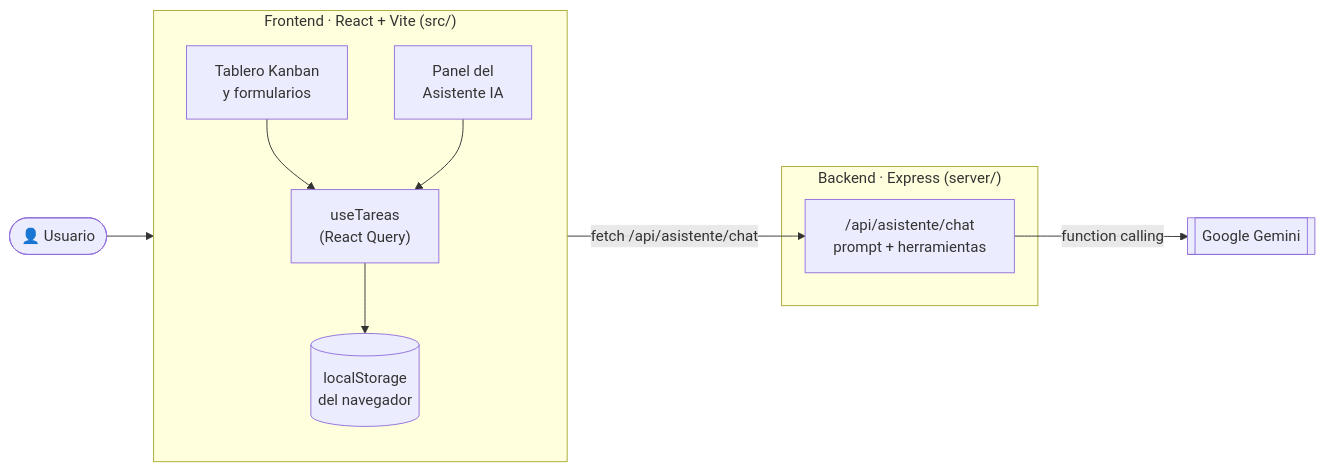
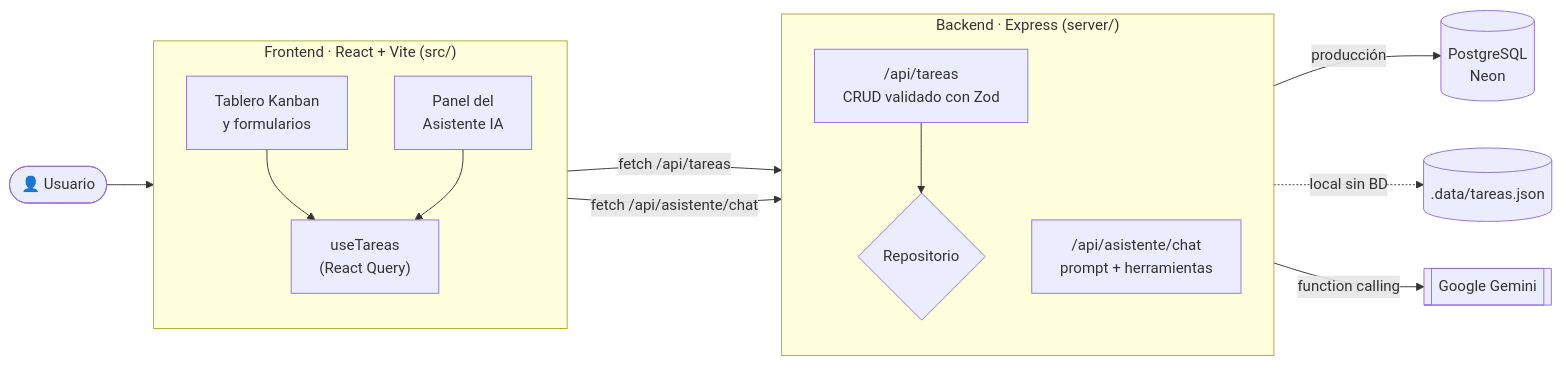
Before and after one commit to Jacky-RPA/Kanban: the first of 2 diagrams in README.md, drawn with Mermaid. The commit also changed other lines of this file and 16 other files, not shown here.

First line of the commit message:
Vuelve a guardar en base de datos, con respaldo en el navegador

````diff
--- a/README.md
+++ b/README.md
@@ -30,22 +30,27 @@
 ```mermaid
 flowchart LR
     U([👤 Usuario]) --> FE
 
     subgraph FE["Frontend · React + Vite (src/)"]
         direction TB
         UI["Tablero Kanban<br/>y formularios"]
         CHAT["Panel del<br/>Asistente IA"]
         HOOK["useTareas<br/>(React Query)"]
-        LS[("localStorage<br/>del navegador")]
         UI --> HOOK
         CHAT --> HOOK
-        HOOK --> LS
     end
 
     subgraph BE["Backend · Express (server/)"]
+        direction TB
+        RT["/api/tareas<br/>CRUD validado con Zod"]
         RA["/api/asistente/chat<br/>prompt + herramientas"]
+        REPO{"Repositorio"}
+        RT --> REPO
     end
 
+    HOOK -- "fetch /api/tareas" --> RT
     CHAT -- "fetch /api/asistente/chat" --> RA
+    REPO -- "producción" --> PG[(PostgreSQL<br/>Neon)]
+    REPO -. "local sin BD" .-> JSON[(.data/tareas.json)]
     RA -- "function calling" --> GEM[[Google Gemini]]
 ```
````
